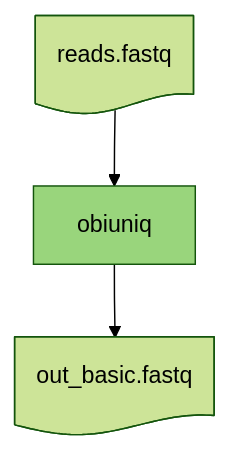
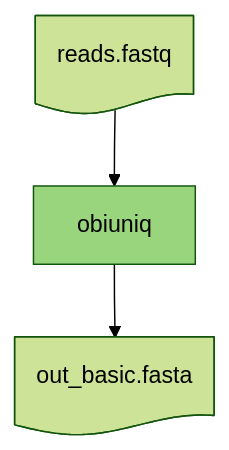
The diagram in content/docs/commands/basics/obiuniq/_index.md (metabarcoding/obitools4-doc), drawn with Mermaid (forest theme) before and after one commit. The commit also changed other lines of this file and 12 other files, not shown here.

```diff
--- a/content/docs/commands/basics/obiuniq/_index.md
+++ b/content/docs/commands/basics/obiuniq/_index.md
@@ -34,9 +24,9 @@
 {{< mermaid class="workflow" >}}
 graph TD
   A@{ shape: doc, label: "reads.fastq" }
   C[obiuniq]
-  D@{ shape: doc, label: "out_basic.fastq" }
+  D@{ shape: doc, label: "out_basic.fasta" }
   A --> C:::obitools
   C --> D
   classDef obitools fill:#99d57c
 {{< /mermaid >}}
```
